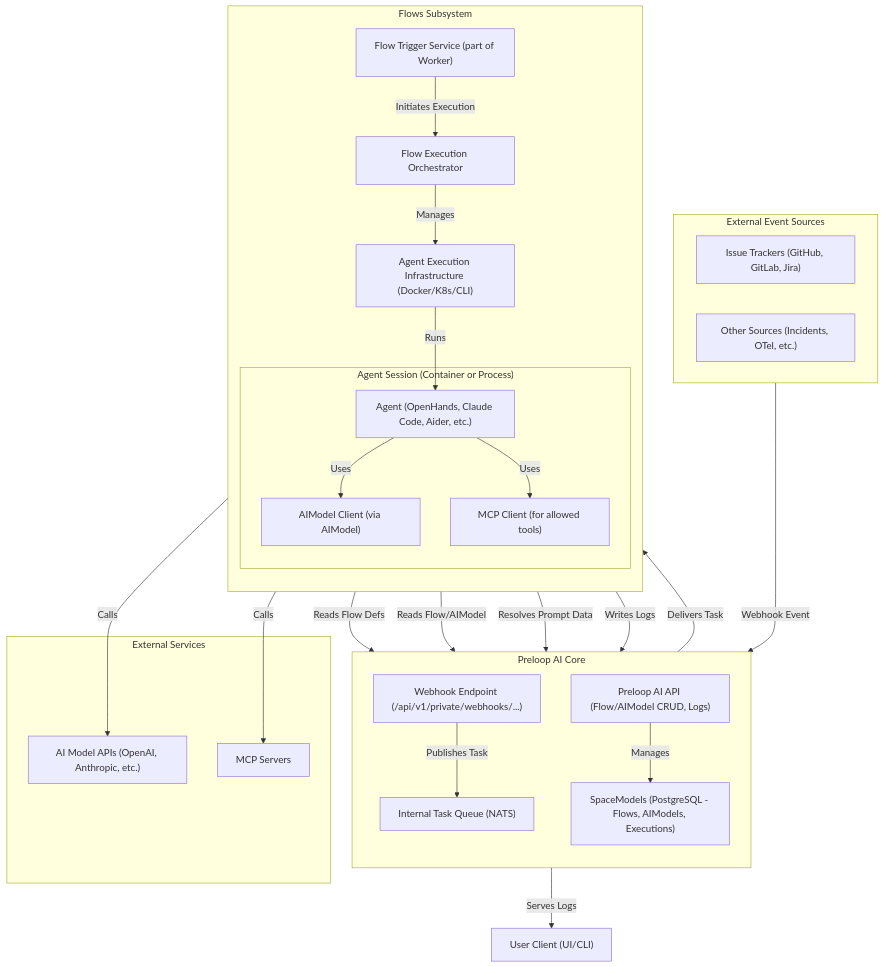
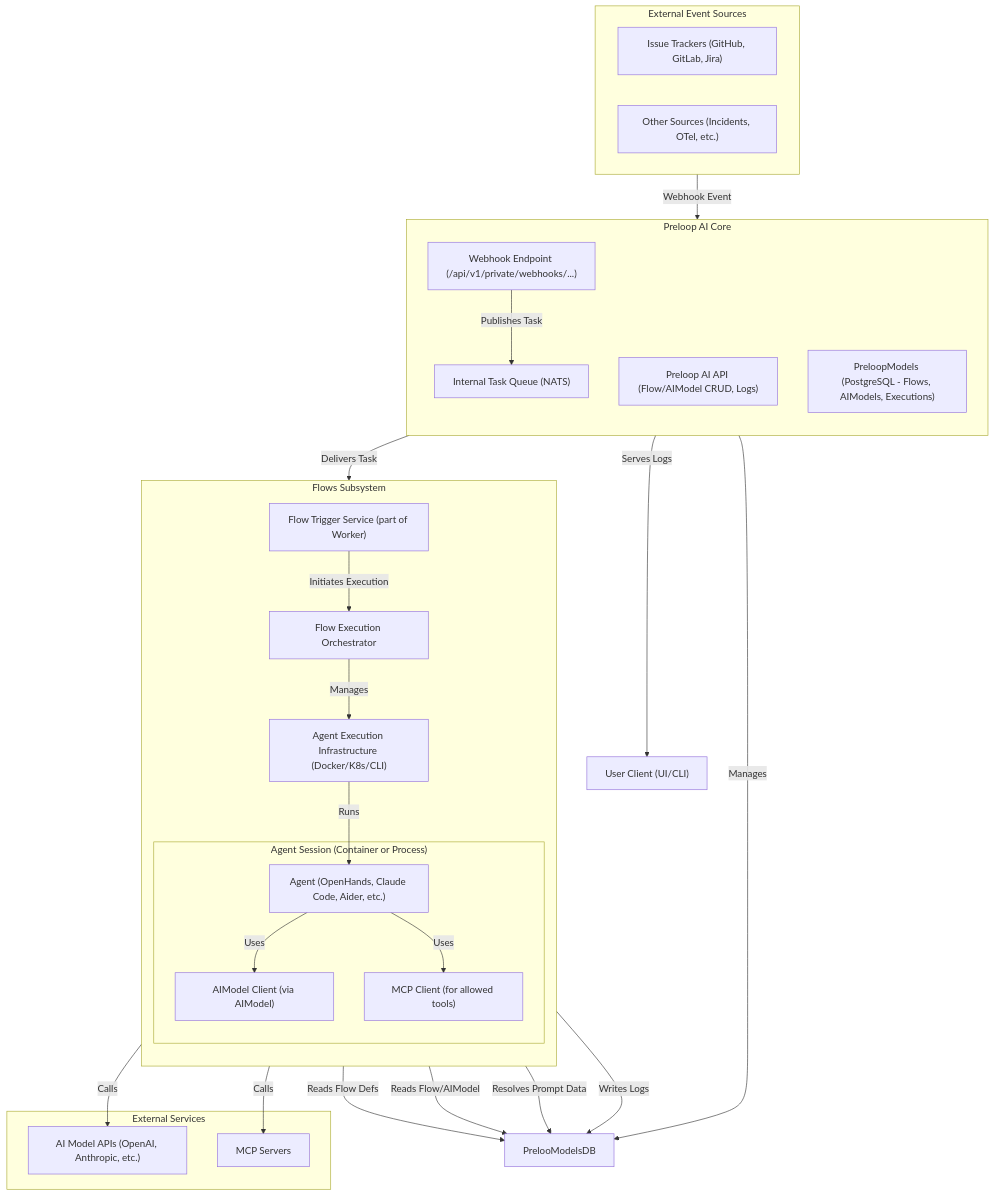
The fourth of 7 diagrams in ARCHITECTURE.md (GiorgosAlexakis/preloop), drawn with Mermaid before and after one commit. The commit also changed other lines of this file and 9 other files, not shown here.

````diff
--- a/ARCHITECTURE.md
+++ b/ARCHITECTURE.md
@@ -539,51 +539,51 @@
 ```mermaid
 graph TD
     subgraph "External Event Sources"
         direction LR
         Trackers["Issue Trackers (GitHub, GitLab, Jira)"]
         OtherSources["Other Sources (Incidents, OTel, etc.)"]
     end
 
     subgraph "Preloop AI Core"
         direction TB
         WebhookEndpoint["Webhook Endpoint (/api/v1/private/webhooks/...)"]
         TaskQueue["Internal Task Queue (NATS)"]
         APIExt["Preloop AI API (Flow/AIModel CRUD, Logs)"]
-        SpaceModelsDB["SpaceModels (PostgreSQL - Flows, AIModels, Executions)"]
+        PreloopModelsDB["PreloopModels (PostgreSQL - Flows, AIModels, Executions)"]
     end
 
     subgraph "Flows Subsystem"
         direction TB
         FlowTriggerService["Flow Trigger Service (part of Worker)"]
         FlowExecOrchestrator["Flow Execution Orchestrator"]
         AgentInfra["Agent Execution Infrastructure (Docker/K8s/CLI)"]
         subgraph "Agent Session (Container or Process)"
             Agent["Agent (OpenHands, Claude Code, Aider, etc.)"]
             AIModelClient["AIModel Client (via AIModel)"]
             MCPClient["MCP Client (for allowed tools)"]
         end
     end
 
     subgraph "External Services"
         AIModelAPIs["AI Model APIs (OpenAI, Anthropic, etc.)"]
         MCPServers["MCP Servers"]
     end
 
     Trackers -- Webhook Event --> WebhookEndpoint
     WebhookEndpoint -- Publishes Task --> TaskQueue
     TaskQueue -- Delivers Task --> FlowTriggerService
-    FlowTriggerService -- Reads Flow Defs --> SpaceModelsDB
+    FlowTriggerService -- Reads Flow Defs --> PrelooModelsDB
     FlowTriggerService -- Initiates Execution --> FlowExecOrchestrator
-    FlowExecOrchestrator -- Reads Flow/AIModel --> SpaceModelsDB
-    FlowExecOrchestrator -- Resolves Prompt Data --> SpaceModelsDB
+    FlowExecOrchestrator -- Reads Flow/AIModel --> PrelooModelsDB
+    FlowExecOrchestrator -- Resolves Prompt Data --> PrelooModelsDB
     FlowExecOrchestrator -- Manages --> AgentInfra
     AgentInfra -- Runs --> Agent
     Agent -- Uses --> AIModelClient
     AIModelClient -- Calls --> AIModelAPIs
     Agent -- Uses --> MCPClient
     MCPClient -- Calls --> MCPServers
-    FlowExecOrchestrator -- Writes Logs --> SpaceModelsDB
-    APIExt -- Manages --> SpaceModelsDB
+    FlowExecOrchestrator -- Writes Logs --> PrelooModelsDB
+    APIExt -- Manages --> PrelooModelsDB
     APIExt -- Serves Logs --> UserClient["User Client (UI/CLI)"]
 
 ```
````
